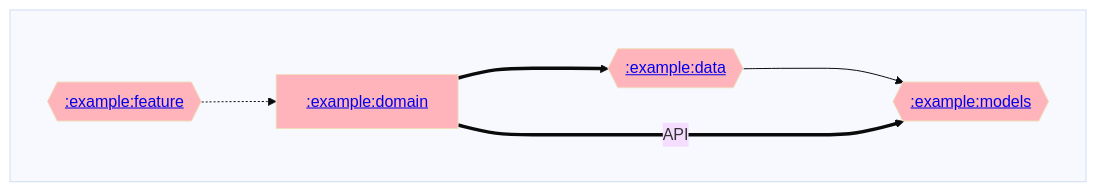
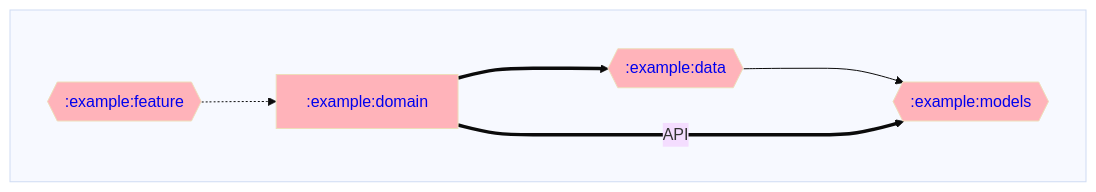
The diagram in example/domain/dependencyGraph.md (adityabhaskar/Gradle-dependency-graphs), drawn with Mermaid before and after one commit. The commit also changed 4 other files, not shown here.

Commit message:
Updated dependency graphs

````diff
--- a/example/domain/dependencyGraph.md
+++ b/example/domain/dependencyGraph.md
@@ -1,27 +1,27 @@
 ```mermaid
 %%{ init: { 'theme': 'base' } }%%
 graph LR;
 
 %% Styling for module nodes by type
 classDef rootNode stroke-width:4px;
-classDef mppNode fill:#ffd2b3;
-classDef andNode fill:#baffc9;
-classDef javaNode fill:#ffb3ba;
+classDef mppNode fill:#ffd2b3,color:#333333;
+classDef andNode fill:#baffc9,color:#333333;
+classDef javaNode fill:#ffb3ba,color:#333333;
 
 %% Modules
 subgraph  
   direction LR;
-  :example:data{{<a href='https://github.com/adityabhaskar/Gradle-dependency-graphs/blob/main/example/data/dependencyGraph.md' style='color:#333;text-decoration:auto;'>:example:data</a>}}:::javaNode;
-  :example:domain[<a href='https://github.com/adityabhaskar/Gradle-dependency-graphs/blob/main/example/domain/dependencyGraph.md' style='color:#333;text-decoration:auto;'>:example:domain</a>]:::javaNode;
-  :example:feature{{<a href='https://github.com/adityabhaskar/Gradle-dependency-graphs/blob/main/example/feature/dependencyGraph.md' style='color:#333;text-decoration:auto;'>:example:feature</a>}}:::javaNode;
-  :example:models{{<a href='https://github.com/adityabhaskar/Gradle-dependency-graphs/blob/main/example/models/dependencyGraph.md' style='color:#333;text-decoration:auto;'>:example:models</a>}}:::javaNode;
+  :example:data{{<a href='https://github.com/adityabhaskar/Gradle-dependency-graphs/blob/main/example/data/dependencyGraph.md' style='text-decoration:auto'>:example:data</a>}}:::javaNode;
+  :example:domain[<a href='https://github.com/adityabhaskar/Gradle-dependency-graphs/blob/main/example/domain/dependencyGraph.md' style='text-decoration:auto'>:example:domain</a>]:::javaNode;
+  :example:feature{{<a href='https://github.com/adityabhaskar/Gradle-dependency-graphs/blob/main/example/feature/dependencyGraph.md' style='text-decoration:auto'>:example:feature</a>}}:::javaNode;
+  :example:models{{<a href='https://github.com/adityabhaskar/Gradle-dependency-graphs/blob/main/example/models/dependencyGraph.md' style='text-decoration:auto'>:example:models</a>}}:::javaNode;
 end
 
 %% Dependencies
 :example:data--->:example:models
 :example:domain==API===>:example:models
 :example:domain===>:example:data
 
 %% Dependents
 :example:feature-.->:example:domain
 ```
````
